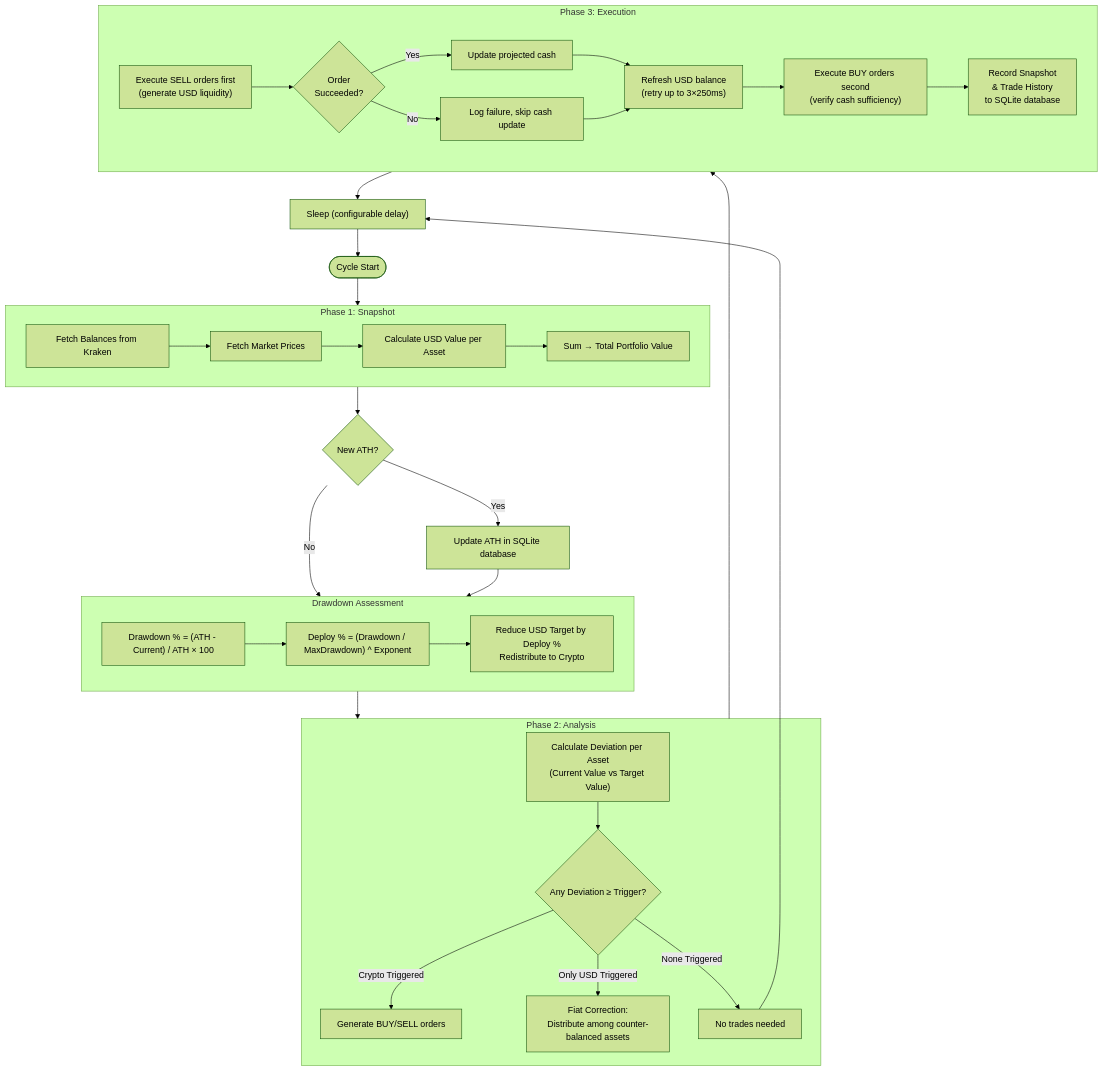
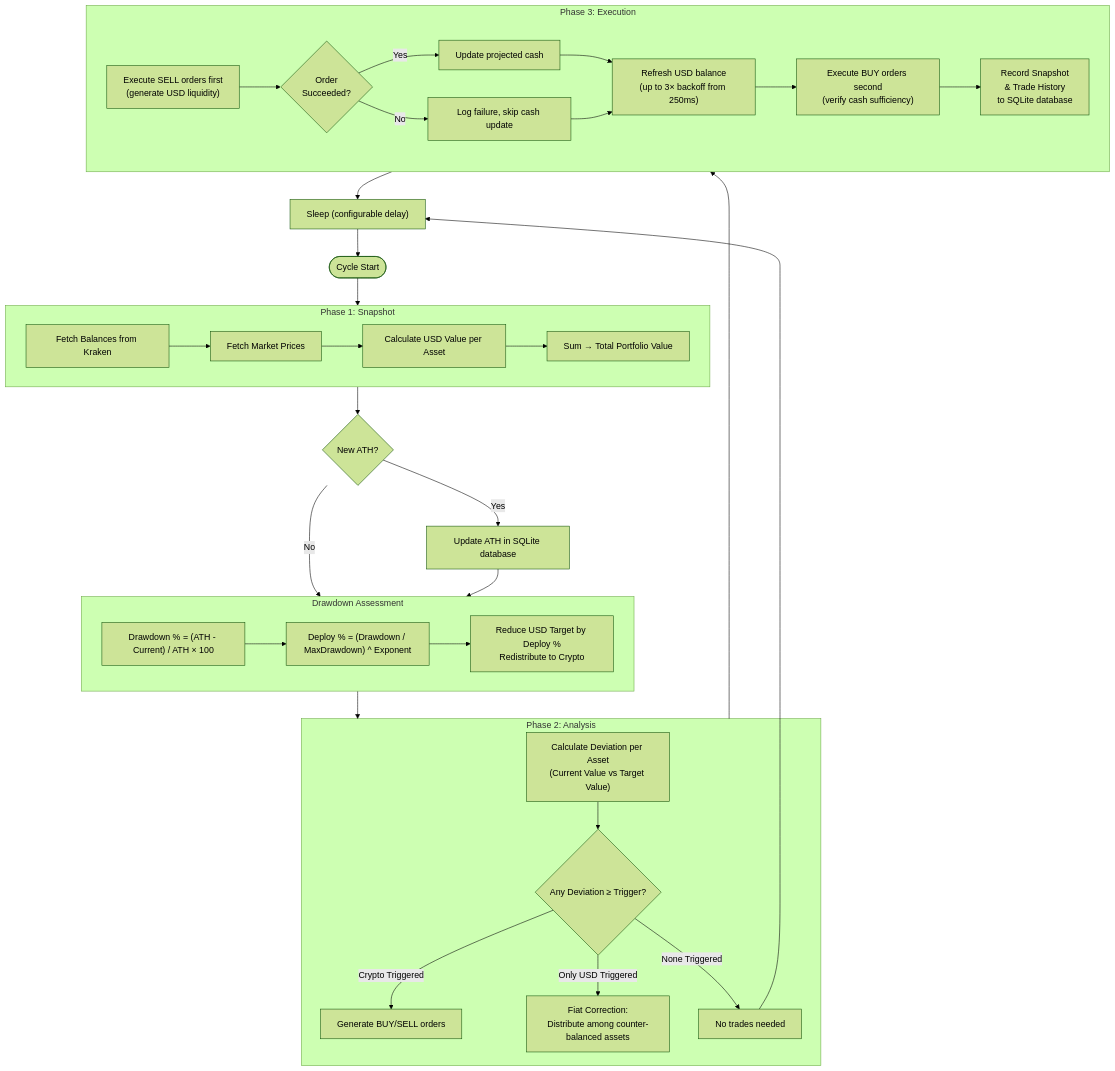
Before and after one commit to HyperVon/new-kraken-rebalancer: the diagram in docs/ALGORITHM.md, drawn with Mermaid (forest theme). The commit also changed other lines of this file and 12 other files, not shown here.

````diff
--- a/docs/ALGORITHM.md
+++ b/docs/ALGORITHM.md
@@ -9,47 +9,47 @@
 ```mermaid
 flowchart TD
     START([Cycle Start]) --> SNAP
     
     subgraph SNAP["Phase 1: Snapshot"]
         S1[Fetch Balances from Kraken] --> S2[Fetch Market Prices]
         S2 --> S3["Calculate USD Value per Asset"]
         S3 --> S4["Sum → Total Portfolio Value"]
     end
 
     SNAP --> ATH{New ATH?}
     ATH -- Yes --> SAVE_ATH["Update ATH in SQLite database"]
     ATH -- No --> DD
     SAVE_ATH --> DD
 
     subgraph DD["Drawdown Assessment"]
         DD1["Drawdown % = (ATH - Current) / ATH × 100"]
         DD1 --> DD2["Deploy % = (Drawdown / MaxDrawdown) ^ Exponent"]
         DD2 --> DD3["Reduce USD Target by Deploy %\nRedistribute to Crypto"]
     end
 
     DD --> ANALYSIS
 
     subgraph ANALYSIS["Phase 2: Analysis"]
         A1["Calculate Deviation per Asset\n(Current Value vs Target Value)"]
         A1 --> A2{Any Deviation ≥ Trigger?}
         A2 -- "Crypto Triggered" --> A3["Generate BUY/SELL orders"]
         A2 -- "Only USD Triggered" --> A4["Fiat Correction:\nDistribute among counter-balanced assets"]
         A2 -- "None Triggered" --> SKIP[No trades needed]
     end
 
     ANALYSIS --> EXEC
 
     subgraph EXEC["Phase 3: Execution"]
         E1["Execute SELL orders first\n(generate USD liquidity)"] --> E1R{"Order\nSucceeded?"}
         E1R -- Yes --> E1C["Update projected cash"]
         E1R -- No --> E1F["Log failure, skip cash update"]
         E1C --> E2
         E1F --> E2
-        E2["Refresh USD balance\n(retry up to 3×250ms)"] --> E3["Execute BUY orders second\n(verify cash sufficiency)"]
+        E2["Refresh USD balance\n(up to 3× backoff from 250ms)"] --> E3["Execute BUY orders second\n(verify cash sufficiency)"]
         E3 --> E4["Record Snapshot\n& Trade History\nto SQLite database"]
     end
 
     EXEC --> SLEEP["Sleep (configurable delay)"]
     SKIP --> SLEEP
     SLEEP --> START
 ```
````
